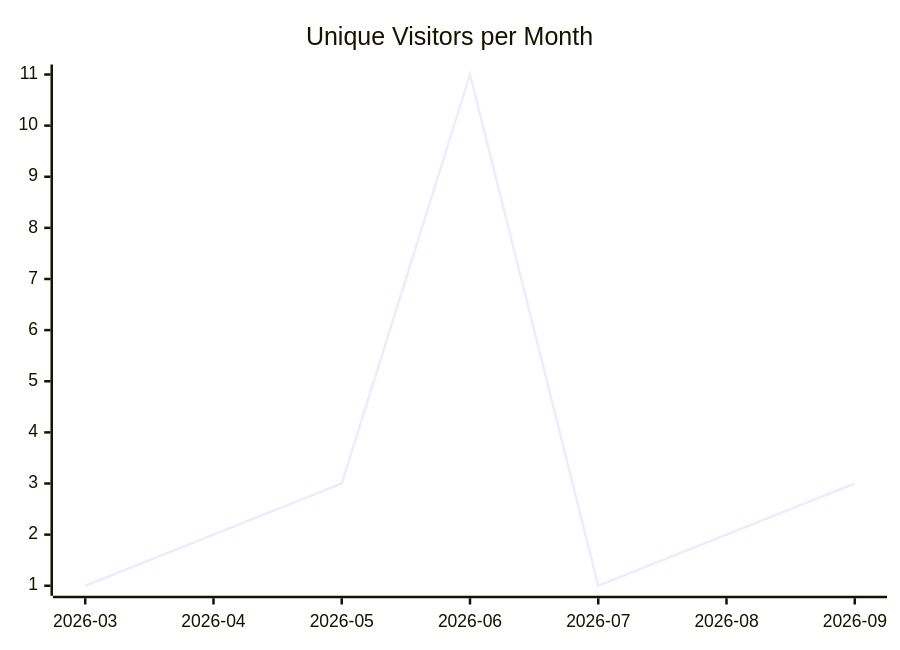
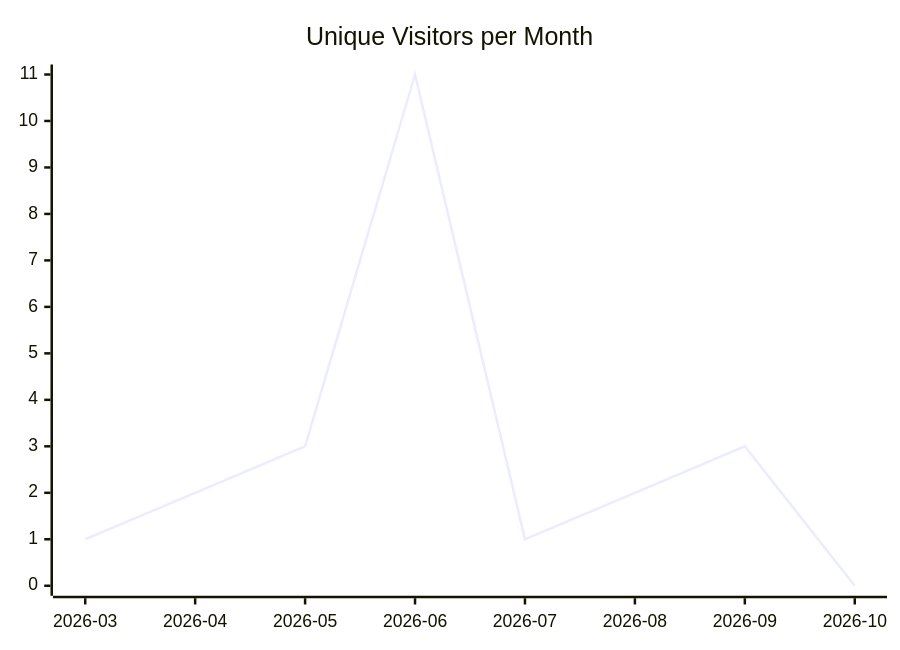
Before and after one commit to justdavis-family/github-analytics-data: the first of 3 diagrams in karlmdavis/justdavis-ansible/README.md, drawn with Mermaid. The commit also changed other lines of this file and 202 other files, not shown here.

````diff
--- a/karlmdavis/justdavis-ansible/README.md
+++ b/karlmdavis/justdavis-ansible/README.md
@@ -5,6 +5,6 @@
 ```mermaid
 xychart-beta
   title "Unique Visitors per Month"
-  x-axis ["2026-03", "2026-04", "2026-05", "2026-06", "2026-07", "2026-08", "2026-09"]
-  line [1, 2, 3, 11, 1, 2, 3]
+  x-axis ["2026-03", "2026-04", "2026-05", "2026-06", "2026-07", "2026-08", "2026-09", "2026-10"]
+  line [1, 2, 3, 11, 1, 2, 3, 0]
 ```
````
